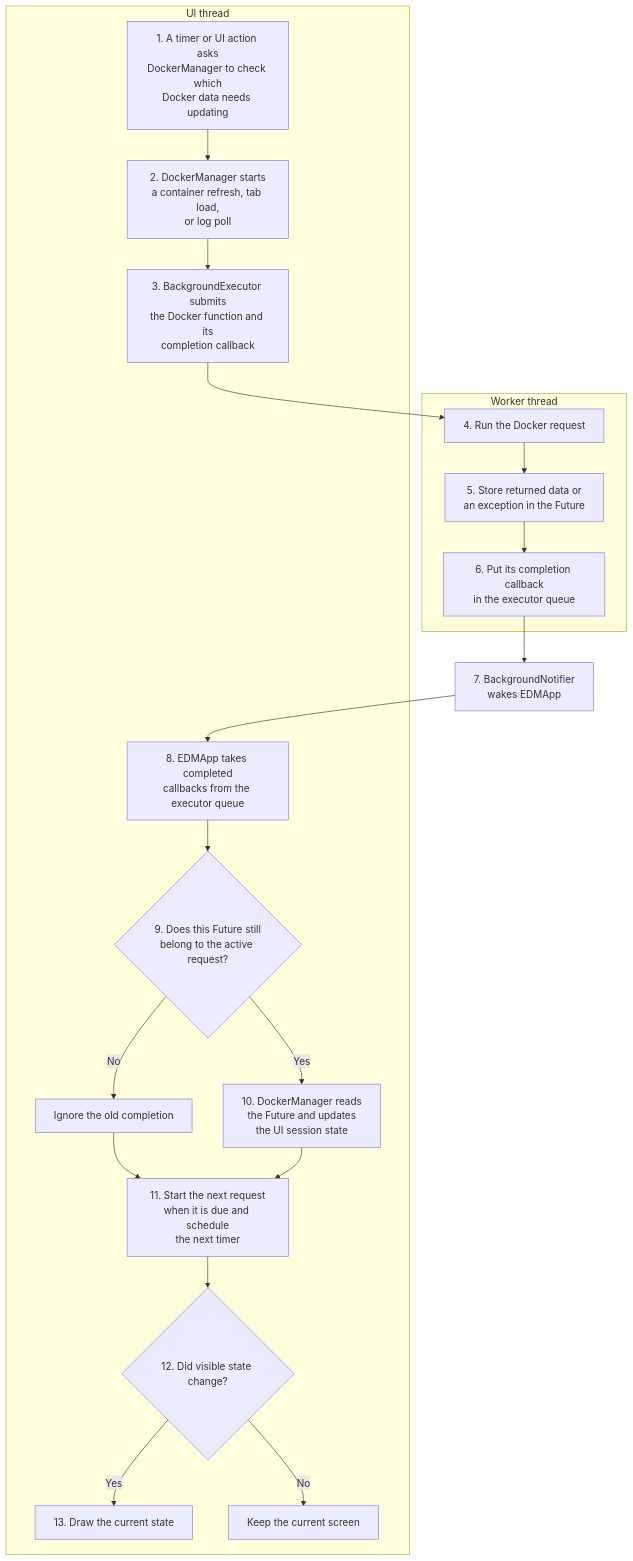
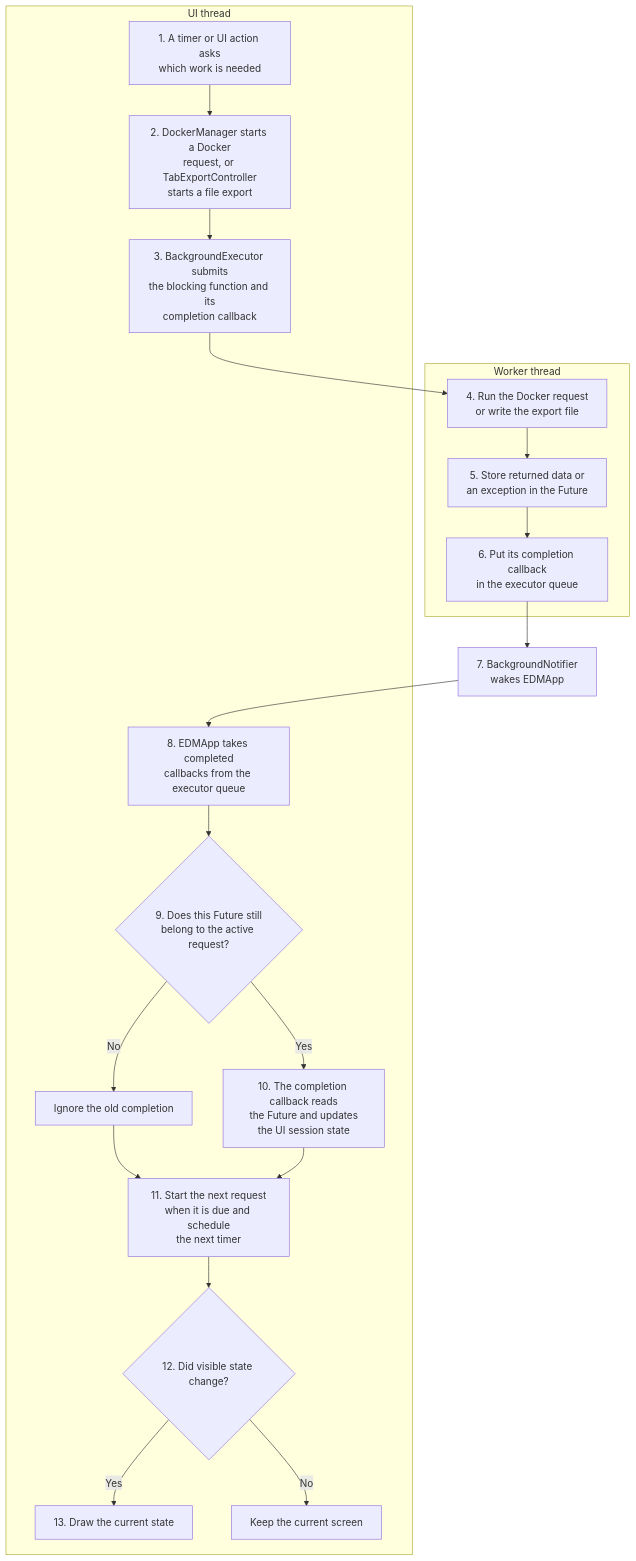
One commit to arabnejad/edm changed the fourth of 5 diagrams in DEVELOPMENT_GUIDE.md. Above: the diagram before and after it, drawn with Mermaid. The commit also changed other lines of this file and 31 other files, not shown here.

Commit message:
Add active tab content export (#46)

````diff
--- a/DEVELOPMENT_GUIDE.md
+++ b/DEVELOPMENT_GUIDE.md
@@ -269,33 +319,33 @@
 ```mermaid
 flowchart TD
     subgraph UI[UI thread]
-        Check[1. A timer or UI action asks<br/>DockerManager to check which<br/>Docker data needs updating]
-        Choose[2. DockerManager starts<br/>a container refresh, tab load,<br/>or log poll]
-        Submit[3. BackgroundExecutor submits<br/>the Docker function and its<br/>completion callback]
+        Check[1. A timer or UI action asks<br/>which work is needed]
+        Choose[2. DockerManager starts a Docker<br/>request, or TabExportController<br/>starts a file export]
+        Submit[3. BackgroundExecutor submits<br/>the blocking function and its<br/>completion callback]
         Receive[8. EDMApp takes completed<br/>callbacks from the executor queue]
         Current{9. Does this Future still<br/>belong to the active request?}
         Discard[Ignore the old completion]
-        Apply[10. DockerManager reads<br/>the Future and updates<br/>the UI session state]
+        Apply[10. The completion callback reads<br/>the Future and updates<br/>the UI session state]
         Schedule[11. Start the next request<br/>when it is due and schedule<br/>the next timer]
         Changed{12. Did visible state change?}
         Draw[13. Draw the current state]
         Keep[Keep the current screen]
     end
 
     subgraph Worker[Worker thread]
-        Request[4. Run the Docker request]
+        Request[4. Run the Docker request<br/>or write the export file]
         Finish[5. Store returned data or<br/>an exception in the Future]
         Queue[6. Put its completion callback<br/>in the executor queue]
     end
 
     Notify[7. BackgroundNotifier<br/>wakes EDMApp]
 
     Check --> Choose --> Submit --> Request
     Request --> Finish --> Queue --> Notify --> Receive
     Receive --> Current
     Current -- No --> Discard --> Schedule
     Current -- Yes --> Apply --> Schedule
     Schedule --> Changed
     Changed -- Yes --> Draw
     Changed -- No --> Keep
 ```
````
